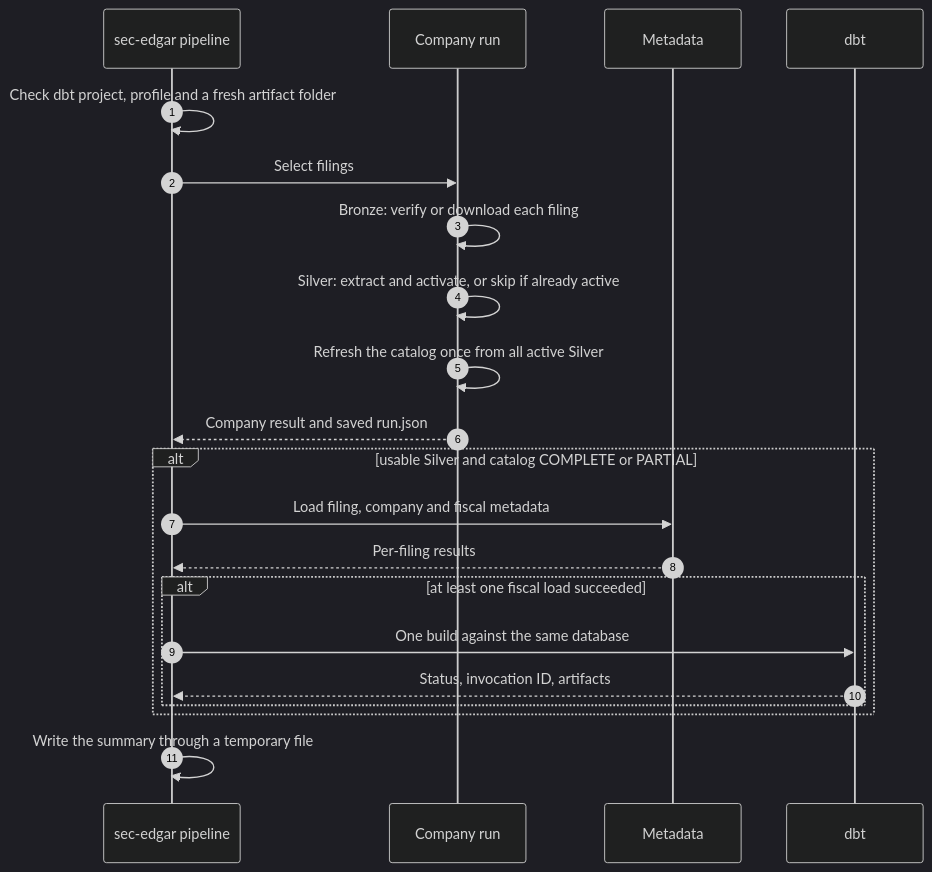
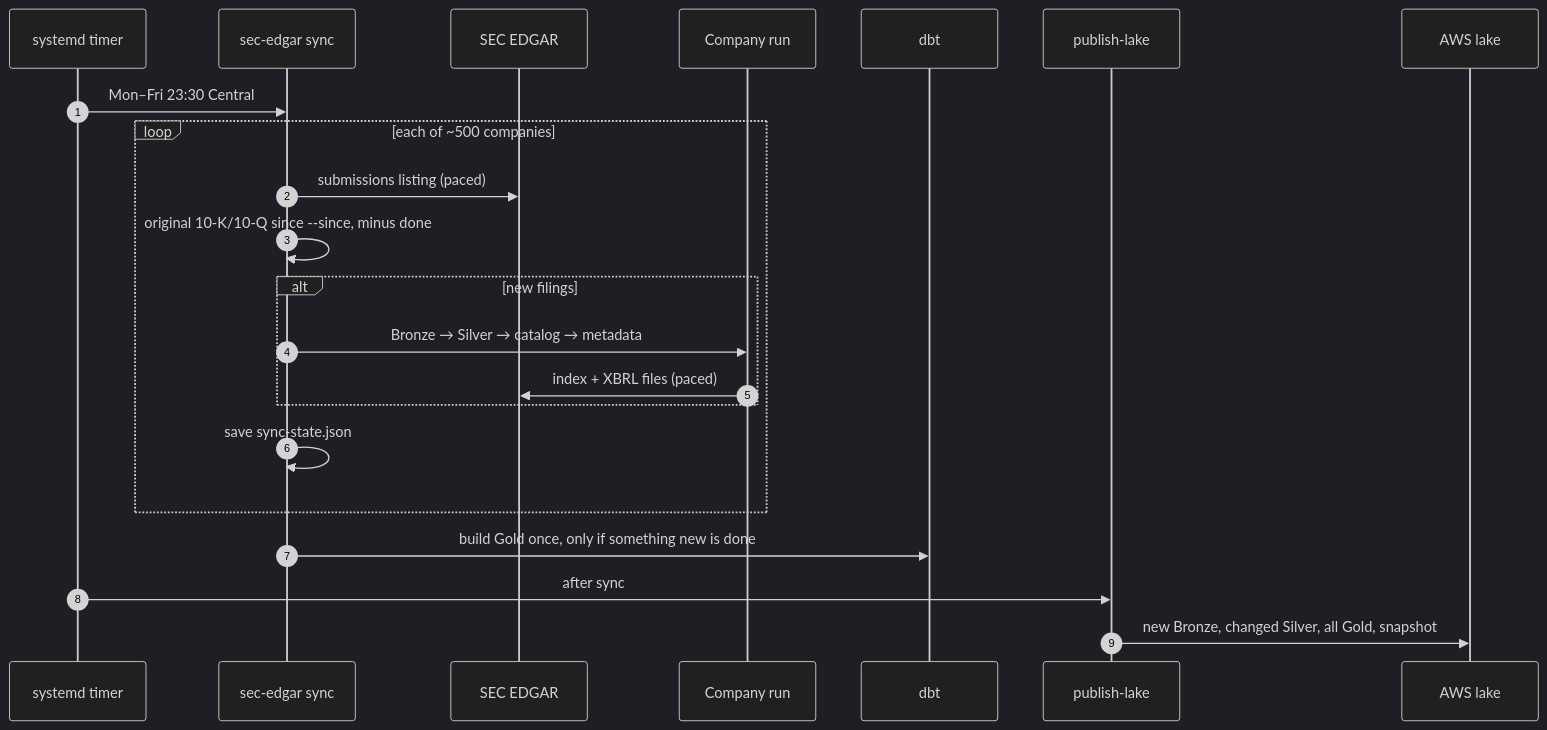
Before and after one commit to dhirajkk91/sec-edgar-financial-data-lakehouse: the second of 2 diagrams in docs/architectures/end-to-end-pipeline.md, drawn with Mermaid (dark theme). The commit also changed other lines of this file and 111 other files, not shown here.

````diff
--- a/docs/architectures/end-to-end-pipeline.md
+++ b/docs/architectures/end-to-end-pipeline.md
@@ -48,23 +56,25 @@
 ```mermaid
 sequenceDiagram
     autonumber
-    participant CLI as sec-edgar pipeline
-    participant CR as Company run
-    participant MD as Metadata
-    participant DBT as dbt
-    CLI->>CLI: Check dbt project, profile and a fresh artifact folder
-    CLI->>CR: Select filings
-    CR->>CR: Bronze: verify or download each filing
-    CR->>CR: Silver: extract and activate, or skip if already active
-    CR->>CR: Refresh the catalog once from all active Silver
-    CR-->>CLI: Company result and saved run.json
-    alt usable Silver and catalog COMPLETE or PARTIAL
-        CLI->>MD: Load filing, company and fiscal metadata
-        MD-->>CLI: Per-filing results
-        alt at least one fiscal load succeeded
-            CLI->>DBT: One build against the same database
-            DBT-->>CLI: Status, invocation ID, artifacts
+    participant T as systemd timer
+    participant S as sec-edgar sync
+    participant SEC as SEC EDGAR
+    participant R as Company run
+    participant D as dbt
+    participant P as publish-lake
+    participant L as AWS lake
+
+    T->>S: Mon–Fri 23:30 Central
+    loop each of ~500 companies
+        S->>SEC: submissions listing (paced)
+        S->>S: original 10-K/10-Q since --since, minus done
+        alt new filings
+            S->>R: Bronze → Silver → catalog → metadata
+            R->>SEC: index + XBRL files (paced)
         end
+        S->>S: save sync-state.json
     end
-    CLI->>CLI: Write the summary through a temporary file
+    S->>D: build Gold once, only if something new is done
+    T->>P: after sync
+    P->>L: new Bronze, changed Silver, all Gold, snapshot
 ```
````
